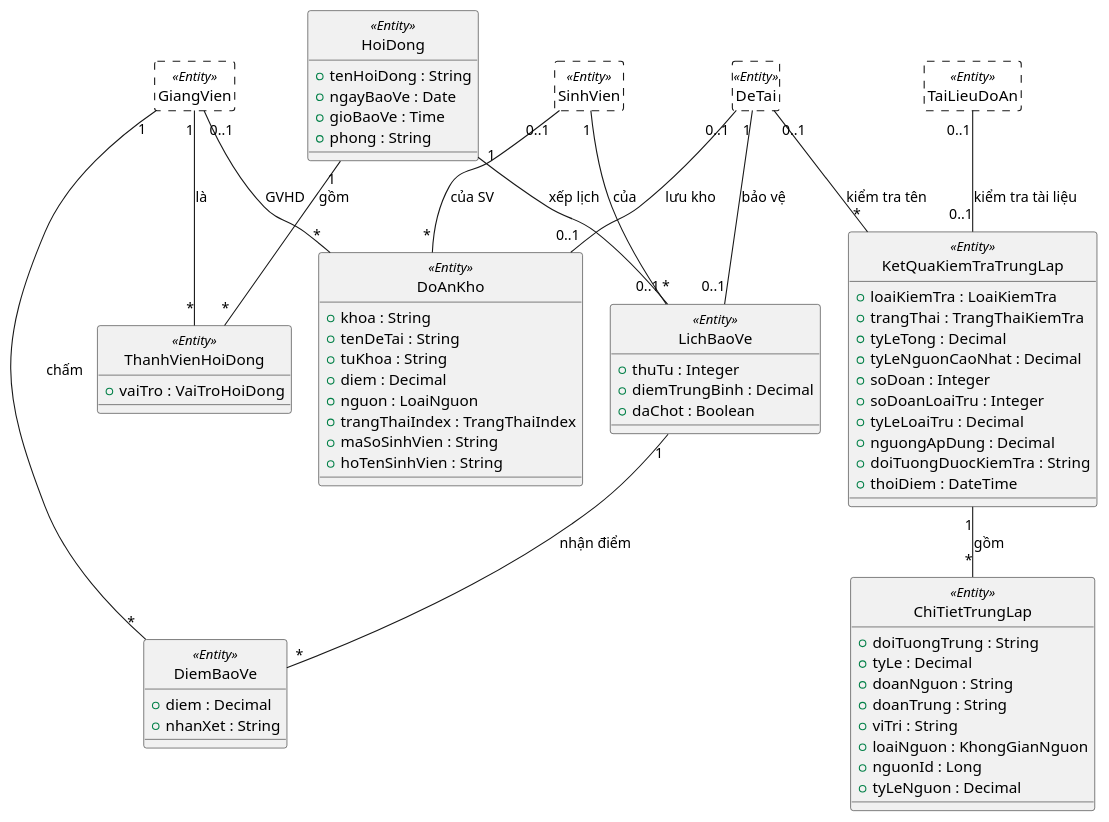
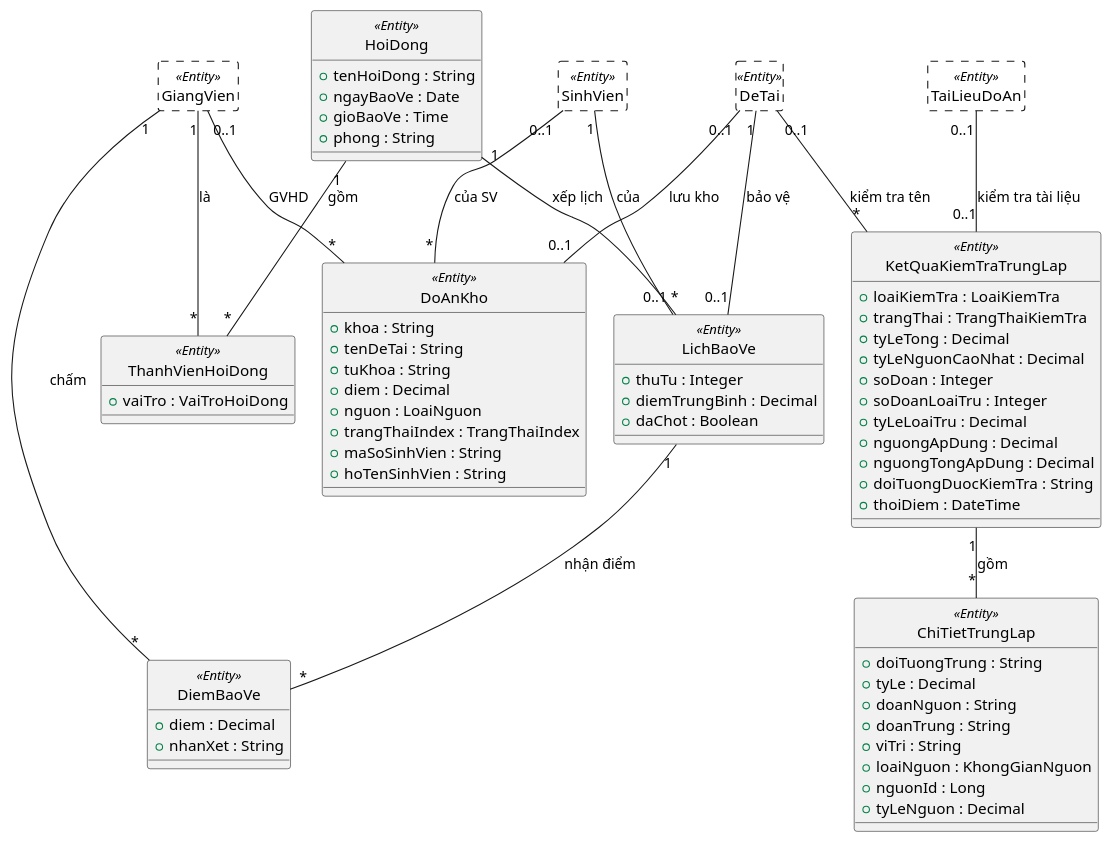
One commit to dtc235200036-alt/ICTU-DATN-NguyenThiMaiAnh changed the diagram in docs/chuong-3-thiet-ke/so-do-lop/lop-thuc-the-bao-ve-kho-trung-lap.puml. Above: the diagram before and after it, drawn with PlantUML. The commit also changed 46 other files, not shown here.

```diff
--- a/docs/chuong-3-thiet-ke/so-do-lop/lop-thuc-the-bao-ve-kho-trung-lap.puml
+++ b/docs/chuong-3-thiet-ke/so-do-lop/lop-thuc-the-bao-ve-kho-trung-lap.puml
@@ -1,88 +1,89 @@
 @startuml lop-thuc-the-bao-ve-kho-trung-lap
 ' Nhóm 3: hội đồng và bảo vệ, kho đồ án, kết quả kiểm tra trùng lặp.
 ' Trích từ lop-thuc-the.puml, bỏ hộp enum; lớp viền nét đứt thuộc nhóm khác (ẩn thuộc tính).
 hide circle
 skinparam nodesep 25
 skinparam ranksep 45
 
 class DeTai <<Entity>> #FFFFFF;line.dashed
 class SinhVien <<Entity>> #FFFFFF;line.dashed
 class GiangVien <<Entity>> #FFFFFF;line.dashed
 class TaiLieuDoAn <<Entity>> #FFFFFF;line.dashed
 hide DeTai members
 hide SinhVien members
 hide GiangVien members
 hide TaiLieuDoAn members
 
 class HoiDong <<Entity>> {
   +tenHoiDong : String
   +ngayBaoVe : Date
   +gioBaoVe : Time
   +phong : String
 }
 
 class ThanhVienHoiDong <<Entity>> {
   +vaiTro : VaiTroHoiDong
 }
 
 class LichBaoVe <<Entity>> {
   +thuTu : Integer
   +diemTrungBinh : Decimal
   +daChot : Boolean
 }
 
 class DiemBaoVe <<Entity>> {
   +diem : Decimal
   +nhanXet : String
 }
 
 class DoAnKho <<Entity>> {
   +khoa : String
   +tenDeTai : String
   +tuKhoa : String
   +diem : Decimal
   +nguon : LoaiNguon
   +trangThaiIndex : TrangThaiIndex
   +maSoSinhVien : String
   +hoTenSinhVien : String
 }
 
 class KetQuaKiemTraTrungLap <<Entity>> {
   +loaiKiemTra : LoaiKiemTra
   +trangThai : TrangThaiKiemTra
   +tyLeTong : Decimal
   +tyLeNguonCaoNhat : Decimal
   +soDoan : Integer
   +soDoanLoaiTru : Integer
   +tyLeLoaiTru : Decimal
   +nguongApDung : Decimal
+  +nguongTongApDung : Decimal
   +doiTuongDuocKiemTra : String
   +thoiDiem : DateTime
 }
 
 class ChiTietTrungLap <<Entity>> {
   +doiTuongTrung : String
   +tyLe : Decimal
   +doanNguon : String
   +doanTrung : String
   +viTri : String
   +loaiNguon : KhongGianNguon
   +nguonId : Long
   +tyLeNguon : Decimal
 }
 
 HoiDong "1" -- "*" ThanhVienHoiDong : "gồm"
 GiangVien "1" -- "*" ThanhVienHoiDong : "là"
 HoiDong "1" -- "*" LichBaoVe : "xếp lịch"
 DeTai "1" -- "0..1" LichBaoVe : "bảo vệ"
 SinhVien "1" -- "0..1" LichBaoVe : "của"
 LichBaoVe "1" -- "*" DiemBaoVe : "nhận điểm"
 GiangVien "1" -- "*" DiemBaoVe : "chấm"
 DeTai "0..1" -- "0..1" DoAnKho : "lưu kho"
 SinhVien "0..1" -- "*" DoAnKho : "của SV"
 GiangVien "0..1" -- "*" DoAnKho : "GVHD"
 DeTai "0..1" -- "*" KetQuaKiemTraTrungLap : "kiểm tra tên"
 TaiLieuDoAn "0..1" -- "0..1" KetQuaKiemTraTrungLap : "kiểm tra tài liệu"
 KetQuaKiemTraTrungLap "1" -- "*" ChiTietTrungLap : "gồm"
 
 @enduml
```
